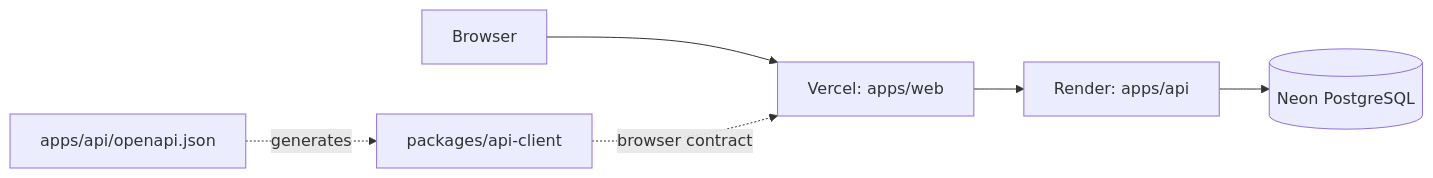
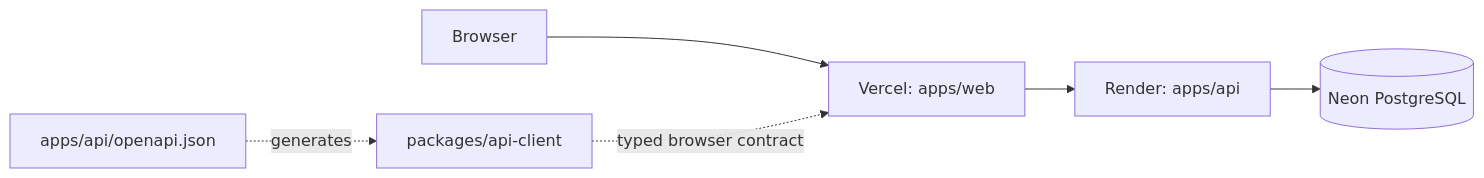
One commit to acevedo-daniel/parkcore changed the diagram in docs/ARCHITECTURE.md. Above: the diagram before and after it, drawn with Mermaid. The commit also changed other lines of this file and 6 other files, not shown here.

````diff
--- a/docs/ARCHITECTURE.md
+++ b/docs/ARCHITECTURE.md
@@ -7,8 +9,8 @@
 ```mermaid
 flowchart LR
     B[Browser] --> W[Vercel: apps/web]
     W --> A[Render: apps/api]
-    C[packages/api-client] -. browser contract .-> W
     A --> D[(Neon PostgreSQL)]
-    O[apps/api/openapi.json] -. generates .-> C
+    O[apps/api/openapi.json] -. generates .-> C[packages/api-client]
+    C -. typed browser contract .-> W
 ```
````
